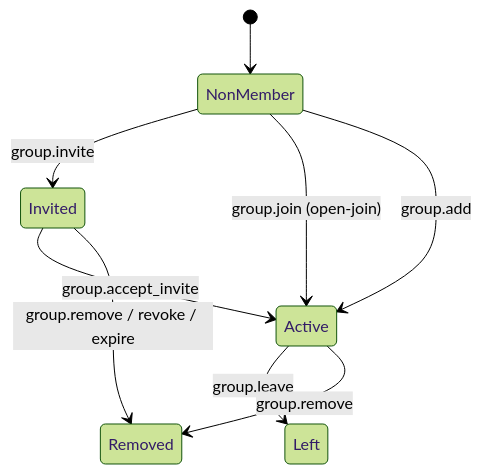
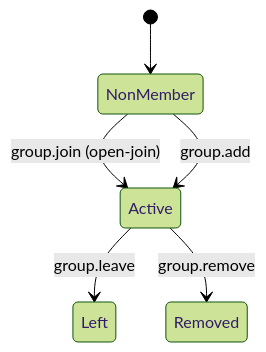
One commit to NeatNerdPrime/AgentNetworkProtocol changed the first of 4 diagrams in chinese/message/04-群组基础语义.md. Above: the diagram before and after it, drawn with Mermaid (forest theme). The commit also changed other lines of this file and 2 other files, not shown here.

Commit message:
modify group mode, save open join ,add

````diff
--- a/chinese/message/04-群组基础语义.md
+++ b/chinese/message/04-群组基础语义.md
@@ -151,14 +152,10 @@
 ```mermaid
 stateDiagram-v2
     [*] --> NonMember
-
-    NonMember --> Invited: group.invite
-    Invited --> Active: group.accept_invite
-    Invited --> Removed: group.remove / revoke / expire
 
     NonMember --> Active: group.join (open-join)
     NonMember --> Active: group.add
 
     Active --> Left: group.leave
     Active --> Removed: group.remove
 ```
````
